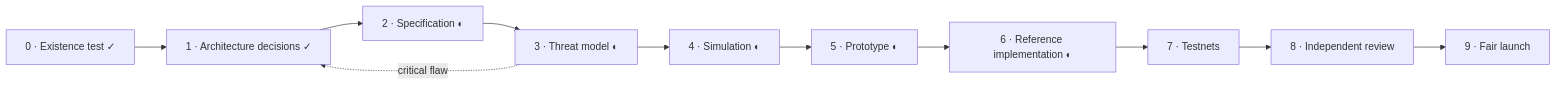
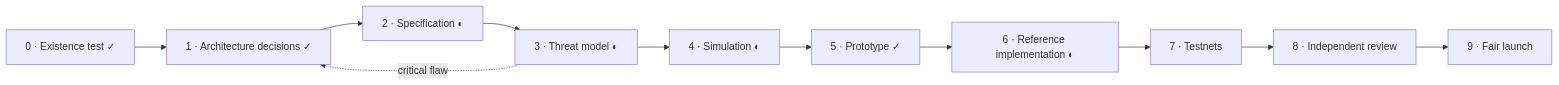
One commit to IsamuNagai/varve changed the diagram in README.md. Above: the diagram before and after it, drawn with Mermaid. The commit also changed other lines of this file and 24 other files, not shown here.

````diff
--- a/README.md
+++ b/README.md
@@ -94,14 +95,14 @@
 ```mermaid
 flowchart LR
     P0["0 · Existence test ✓"]
     P0 --> P1["1 · Architecture decisions ✓"]
     P1 --> P2["2 · Specification ◐"]
     P2 --> P3["3 · Threat model ◐"]
     P3 --> P4["4 · Simulation ◐"]
-    P4 --> P5["5 · Prototype ◐"]
+    P4 --> P5["5 · Prototype ✓"]
     P5 --> P6["6 · Reference implementation ◐"]
     P6 --> P7["7 · Testnets"]
     P7 --> P8["8 · Independent review"]
     P8 --> P9["9 · Fair launch"]
     P3 -. "critical flaw" .-> P1
 ```
````
